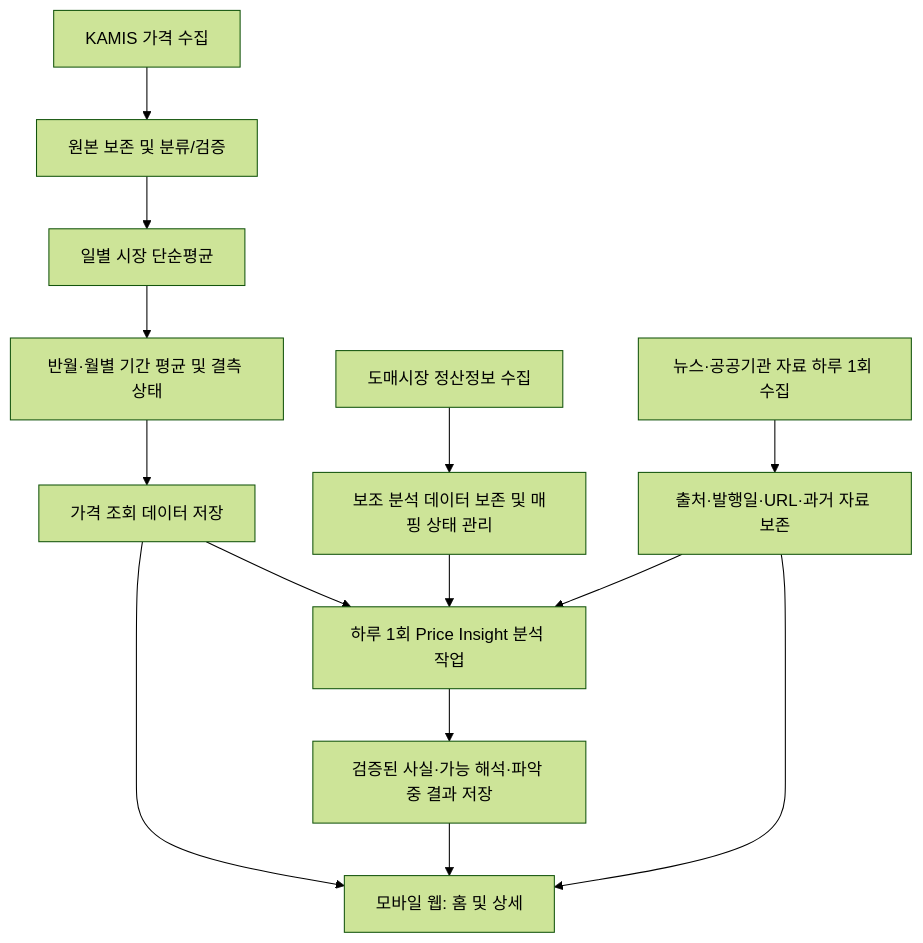
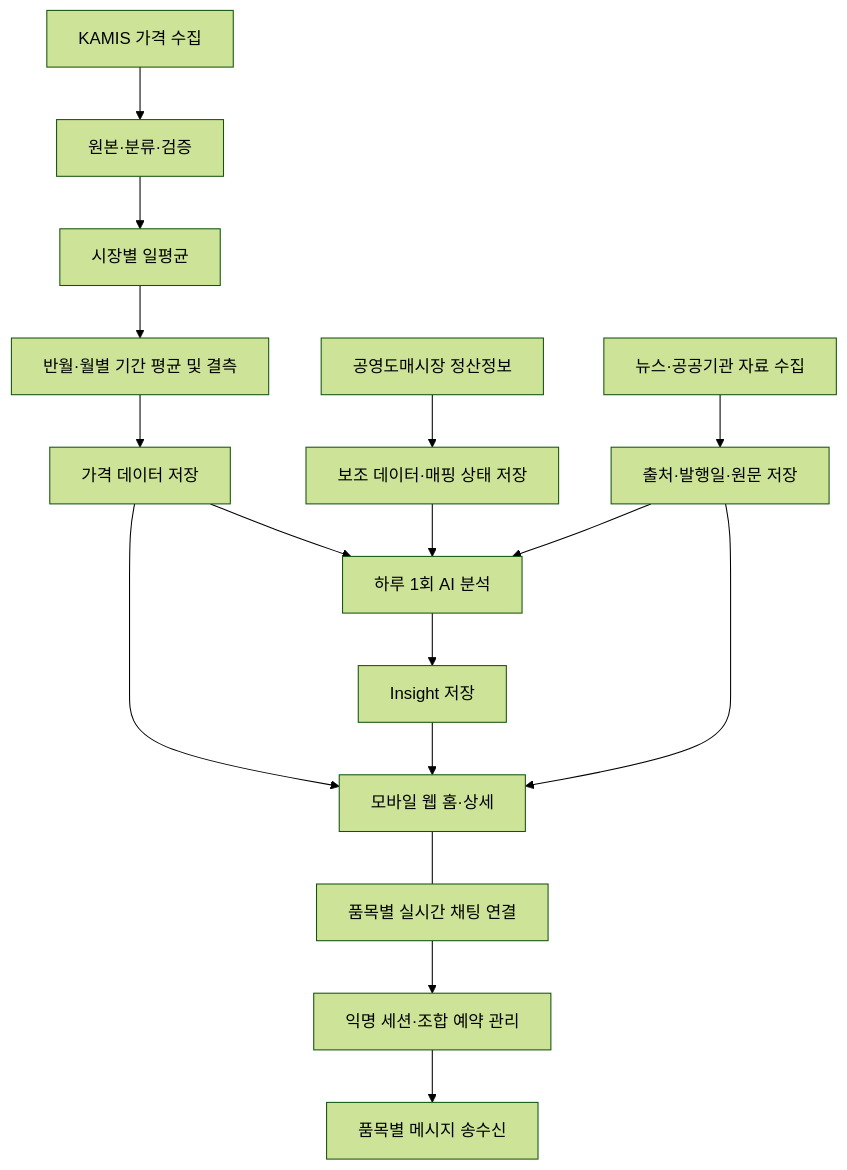
Before and after one commit to today-fish/today-fish-docs: the diagram in MVP/product/PRD-001-MVP-제품-요구사항.md, drawn with Mermaid (forest theme). The commit also changed other lines of this file and 6 other files, not shown here.

````diff
--- a/MVP/product/PRD-001-MVP-제품-요구사항.md
+++ b/MVP/product/PRD-001-MVP-제품-요구사항.md
@@ -255,16 +233,19 @@
 ```mermaid
 flowchart TD
-  A[KAMIS 가격 수집] --> C[원본 보존 및 분류/검증]
-  B[도매시장 정산정보 수집] --> D[보조 분석 데이터 보존 및 매핑 상태 관리]
-  C --> E[일별 시장 단순평균]
-  E --> F[반월·월별 기간 평균 및 결측 상태]
-  F --> G[가격 조회 데이터 저장]
-  G --> H[하루 1회 Price Insight 분석 작업]
-  D --> H
-  I[뉴스·공공기관 자료 하루 1회 수집] --> J[출처·발행일·URL·과거 자료 보존]
-  J --> H
-  H --> K[검증된 사실·가능 해석·파악 중 결과 저장]
-  G --> L[모바일 웹: 홈 및 상세]
-  K --> L
-  J --> L
+    A["KAMIS 가격 수집"] --> C["원본·분류·검증"]
+    C --> E["시장별 일평균"]
+    E --> F["반월·월별 기간 평균 및 결측"]
+    F --> G["가격 데이터 저장"]
+    B["공영도매시장 정산정보"] --> D["보조 데이터·매핑 상태 저장"]
+    I["뉴스·공공기관 자료 수집"] --> J["출처·발행일·원문 저장"]
+    G --> H["하루 1회 AI 분석"]
+    D --> H
+    J --> H
+    H --> K["Insight 저장"]
+    G --> L["모바일 웹 홈·상세"]
+    K --> L
+    J --> L
+    L --- M["품목별 실시간 채팅 연결"]
+    M --> N["익명 세션·조합 예약 관리"]
+    N --> O["품목별 메시지 송수신"]
 ```
````
